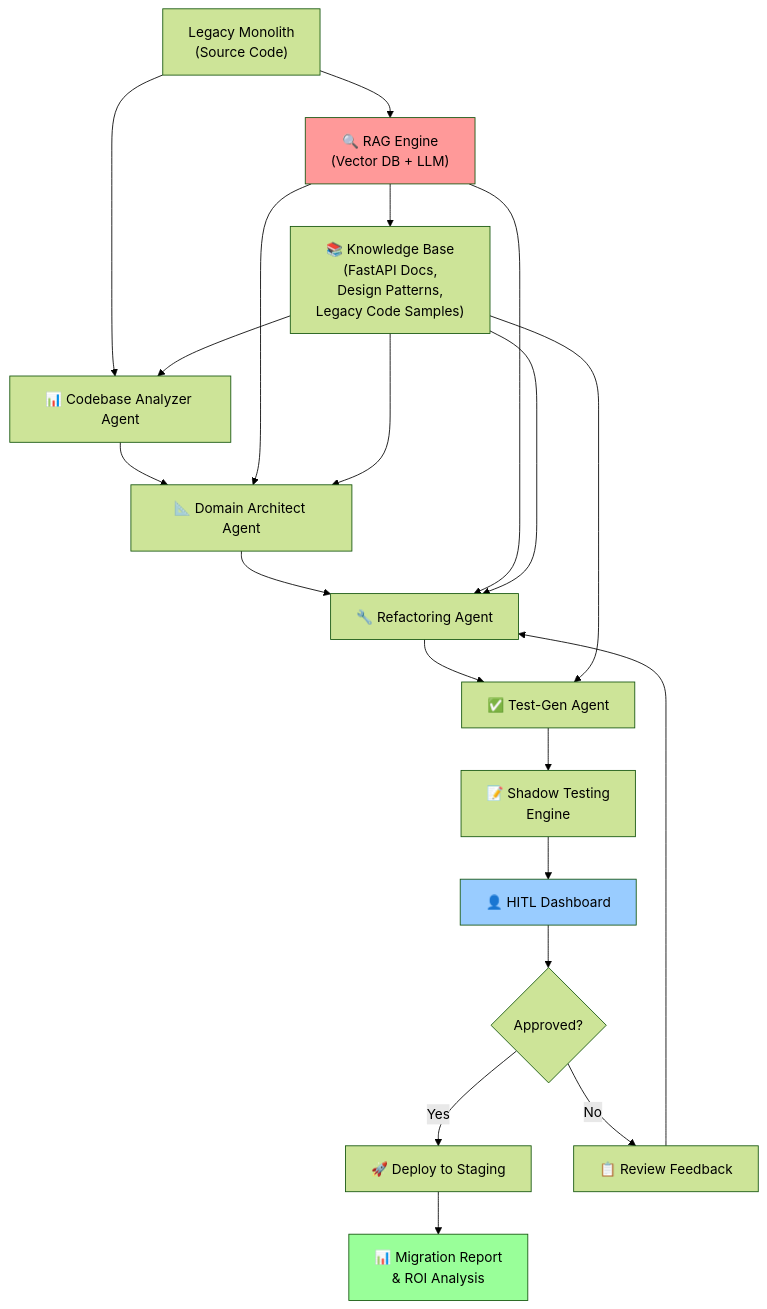
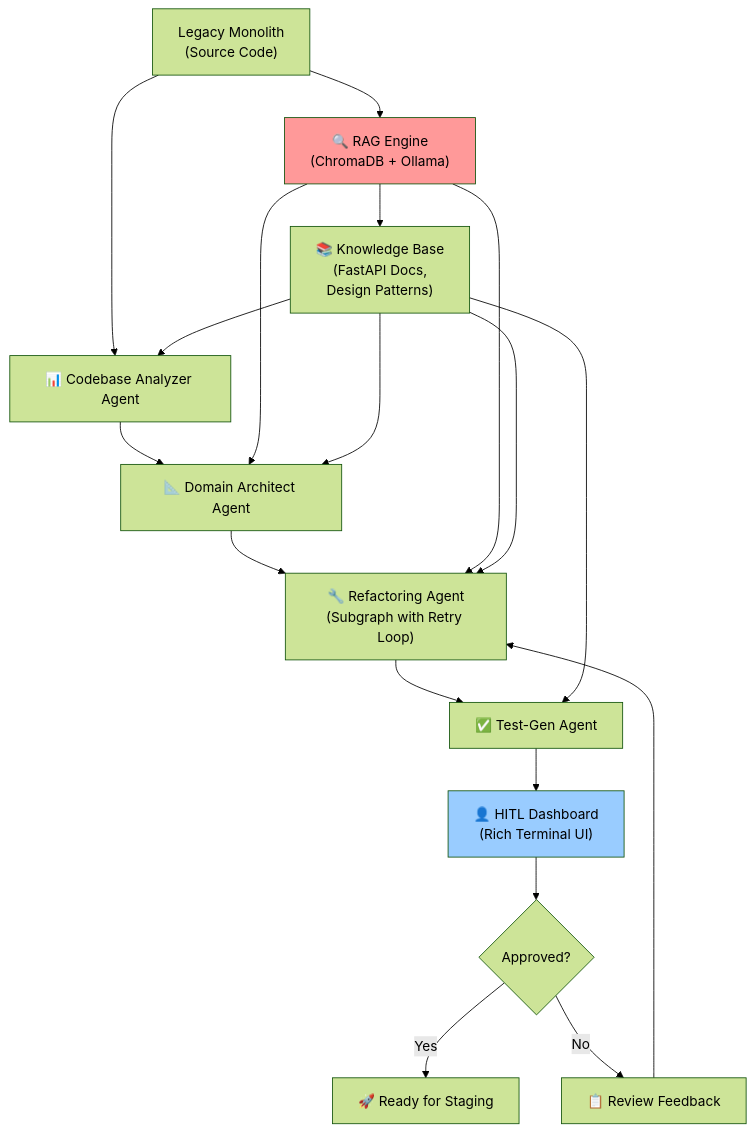
The diagram in ARCHITECTURE_MIGRATION_IMPLEMENTATION_PLAN.md (MithilSave/Agentic-Legacy-Mordenization-System-ALMS-), drawn with Mermaid (forest theme) before and after one commit. The commit also changed other lines of this file and 71 other files, not shown here.

````diff
--- a/ARCHITECTURE_MIGRATION_IMPLEMENTATION_PLAN.md
+++ b/ARCHITECTURE_MIGRATION_IMPLEMENTATION_PLAN.md
@@ -11,33 +11,29 @@
 ```mermaid
 graph TB
     A["Legacy Monolith<br/>(Source Code)"] --> B["📊 Codebase Analyzer Agent"]
-    A --> RAG["🔍 RAG Engine<br/>(Vector DB + LLM)"]
+    A --> RAG["🔍 RAG Engine<br/>(ChromaDB + Ollama)"]
     
     B --> C["📐 Domain Architect Agent"]
     RAG --> C
     
-    C --> D["🔧 Refactoring Agent"]
+    C --> D["🔧 Refactoring Agent<br/>(Subgraph with Retry Loop)"]
     RAG --> D
     
     D --> E["✅ Test-Gen Agent"]
-    E --> F["📝 Shadow Testing<br/>Engine"]
     
-    F --> G["👤 HITL Dashboard"]
+    E --> G["👤 HITL Dashboard<br/>(Rich Terminal UI)"]
     G --> H{"Approved?"}
     
-    H -->|Yes| I["🚀 Deploy to Staging"]
+    H -->|Yes| I["🚀 Ready for Staging"]
     H -->|No| J["📋 Review Feedback"]
     J --> D
     
-    I --> K["📊 Migration Report<br/>& ROI Analysis"]
-    
-    RAG --> L["📚 Knowledge Base<br/>(FastAPI Docs,<br/>Design Patterns,<br/>Legacy Code Samples)"]
+    RAG --> L["📚 Knowledge Base<br/>(FastAPI Docs,<br/>Design Patterns)"]
     L --> B
     L --> C
     L --> D
     L --> E
     
     style RAG fill:#ff9999
     style G fill:#99ccff
-    style K fill:#99ff99
 ```
````
